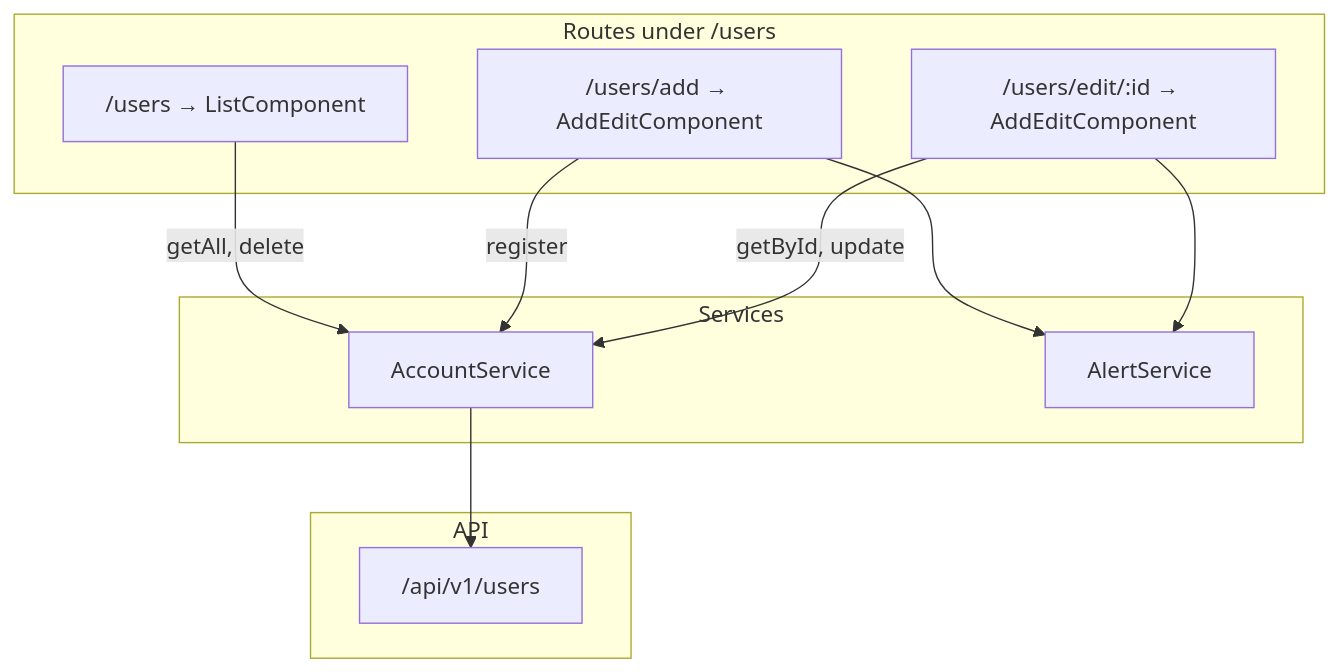
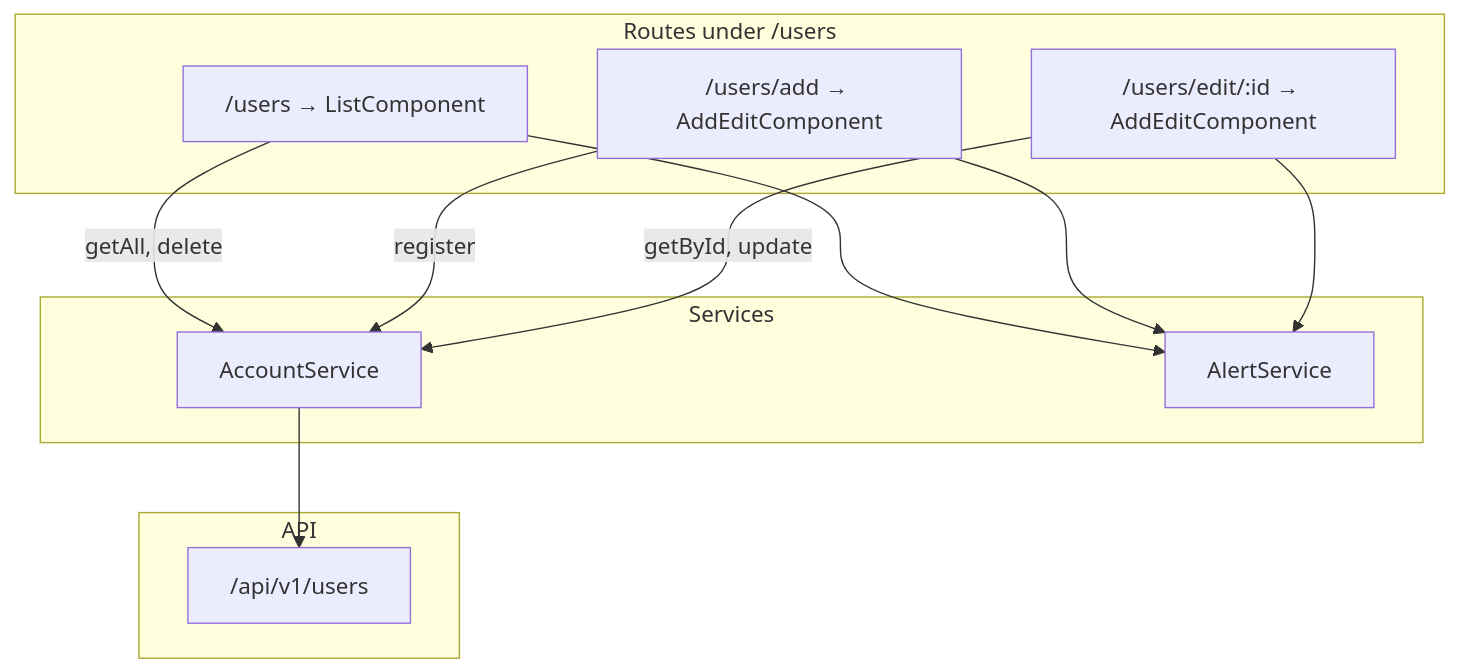
One commit to asalhallak/basic-user-management changed the diagram in docs/front-end-users.md. Above: the diagram before and after it, drawn with Mermaid. The commit also changed other lines of this file and 2 other files, not shown here.

First line of the commit message:
fix(front-end): show alerts when user list load or delete fails

````diff
--- a/docs/front-end-users.md
+++ b/docs/front-end-users.md
@@ -7,24 +7,25 @@
 ```mermaid
 flowchart TB
     subgraph routes [Routes under /users]
         List["/users → ListComponent"]
         Add["/users/add → AddEditComponent"]
         Edit["/users/edit/:id → AddEditComponent"]
     end
 
     subgraph svc [Services]
         Account[AccountService]
         Alert[AlertService]
     end
 
     subgraph api [API]
         Users["/api/v1/users"]
     end
 
     List -->|getAll, delete| Account
     Add -->|register| Account
     Edit -->|getById, update| Account
+    List --> Alert
     Add --> Alert
     Edit --> Alert
     Account --> Users
 ```
````
